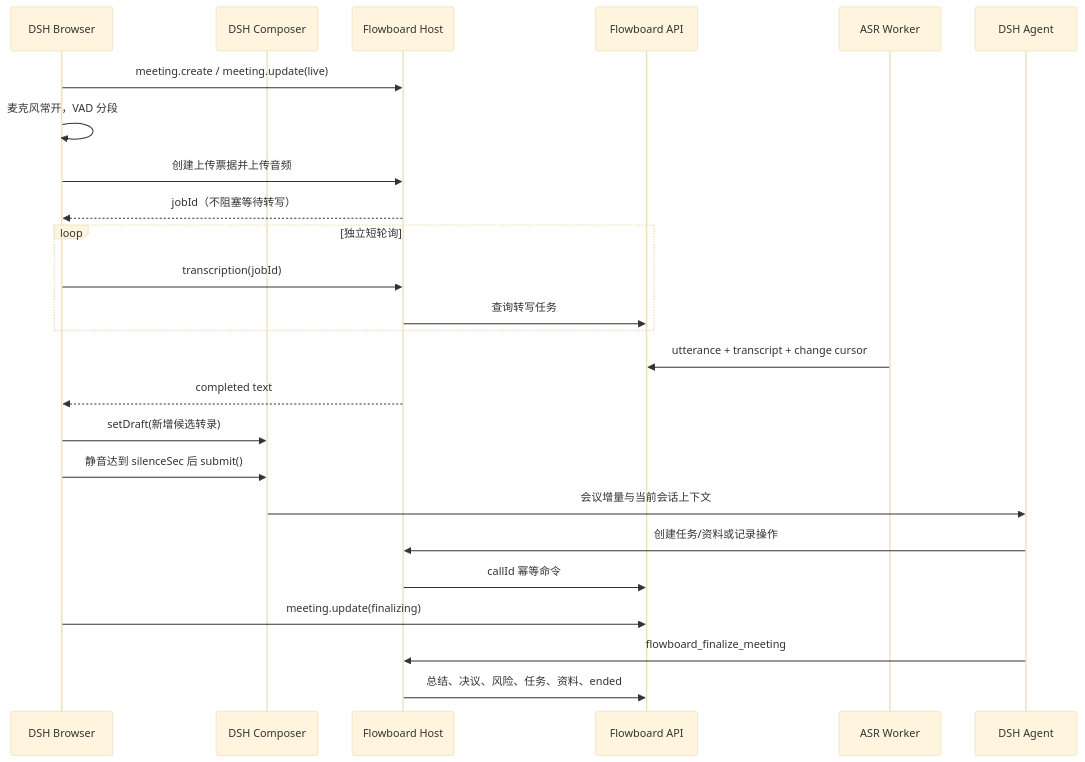
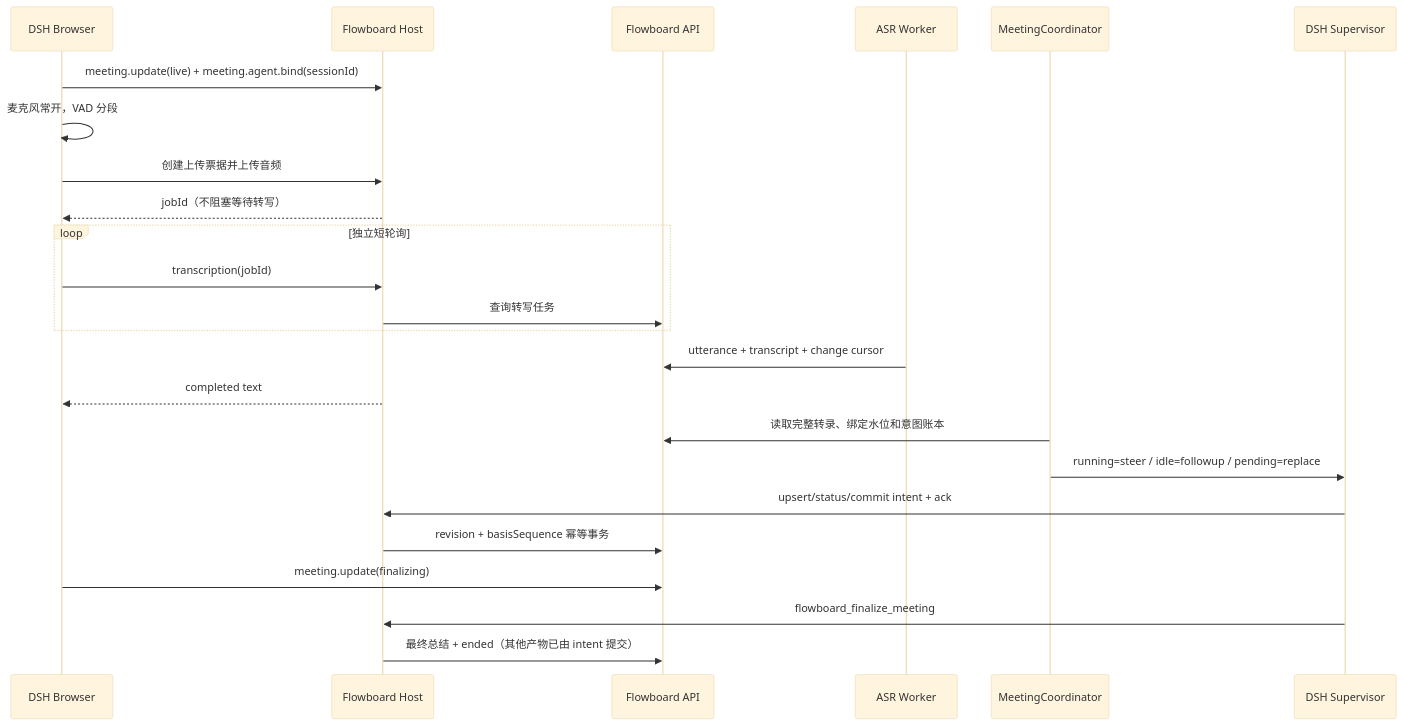
Before and after one commit to Untidy-cocoabutter173/Flowboard: the second of 2 diagrams in docs/dev/flowboard-workspace-ai-refactor.md, drawn with Mermaid (base theme). The commit also changed other lines of this file and 24 other files, not shown here.

Commit message:
refactor: orchestrate persistent AI meeting supervisor

````diff
--- a/docs/dev/flowboard-workspace-ai-refactor.md
+++ b/docs/dev/flowboard-workspace-ai-refactor.md
@@ -161,28 +161,27 @@
 ```mermaid
 sequenceDiagram
   participant Browser as DSH Browser
-  participant Composer as DSH Composer
   participant Host as Flowboard Host
   participant API as Flowboard API
   participant Worker as ASR Worker
-  participant AI as DSH Agent
+  participant Coordinator as MeetingCoordinator
+  participant AI as DSH Supervisor
 
-  Browser->>Host: meeting.create / meeting.update(live)
+  Browser->>Host: meeting.update(live) + meeting.agent.bind(sessionId)
   Browser->>Browser: 麦克风常开，VAD 分段
   Browser->>Host: 创建上传票据并上传音频
   Host-->>Browser: jobId（不阻塞等待转写）
   loop 独立短轮询
     Browser->>Host: transcription(jobId)
     Host->>API: 查询转写任务
   end
   Worker->>API: utterance + transcript + change cursor
   Host-->>Browser: completed text
-  Browser->>Composer: setDraft(新增候选转录)
-  Browser->>Composer: 静音达到 silenceSec 后 submit()
-  Composer->>AI: 会议增量与当前会话上下文
-  AI->>Host: 创建任务/资料或记录操作
-  Host->>API: callId 幂等命令
+  Coordinator->>API: 读取完整转录、绑定水位和意图账本
+  Coordinator->>AI: running=steer / idle=followup / pending=replace
+  AI->>Host: upsert/status/commit intent + ack
+  Host->>API: revision + basisSequence 幂等事务
   Browser->>API: meeting.update(finalizing)
   AI->>Host: flowboard_finalize_meeting
-  Host->>API: 总结、决议、风险、任务、资料、ended
+  Host->>API: 最终总结 + ended（其他产物已由 intent 提交）
 ```
````
